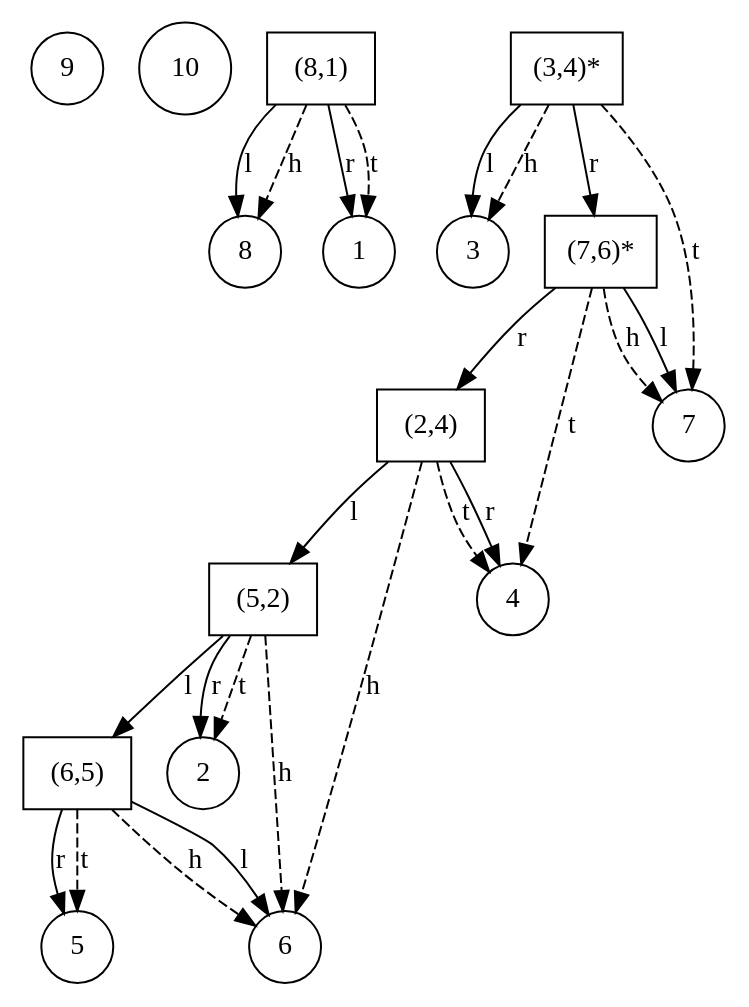
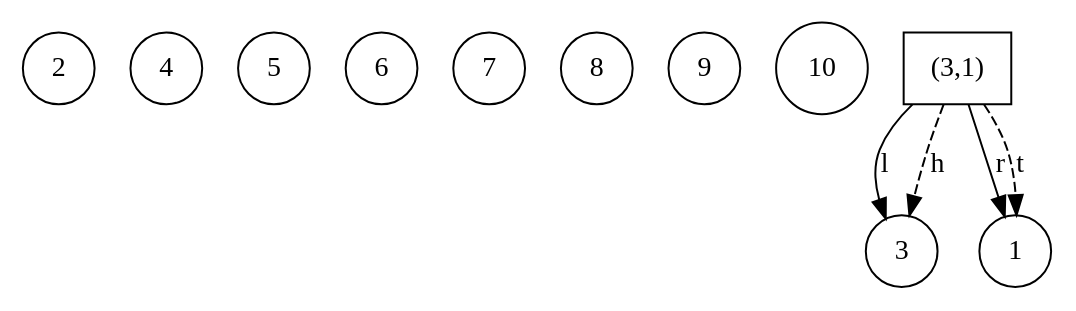
The diagram in ST-Tree/src/internal_graph.dot (Musab1Blaser/DynamicTrees_NF), drawn with Graphviz before and after one commit. The commit also changed 7 other files, not shown here.

```diff
--- a/ST-Tree/src/internal_graph.dot
+++ b/ST-Tree/src/internal_graph.dot
@@ -1,42 +1,17 @@
 digraph G {
+2 [shape=circle];
+4 [shape=circle];
+5 [shape=circle];
+6 [shape=circle];
+7 [shape=circle];
+8 [shape=circle];
 9 [shape=circle];
 10 [shape=circle];
-"(8,1)" [shape=box];
-8 [shape=circle];
-"(8,1)" -> 8 [label=l];
+"(3,1)" [shape=box];
+3 [shape=circle];
+"(3,1)" -> 3 [label=l];
 1 [shape=circle];
-"(8,1)" -> 1 [label=r];
-"(8,1)" -> 8 [style=dashed, label = h];
-"(8,1)" -> 1 [style=dashed, label = t];
-"(3,4)*" [shape=box];
-3 [shape=circle];
-"(3,4)*" -> 3 [label=l];
-"(3,4)*" -> "(7,6)*" [label=r];
-"(3,4)*" -> 3 [style=dashed, label = h];
-"(3,4)*" -> 7 [style=dashed, label = t];
-"(7,6)*" [shape=box];
-7 [shape=circle];
-"(7,6)*" -> 7 [label=l];
-"(7,6)*" -> "(2,4)" [label=r];
-"(7,6)*" -> 7 [style=dashed, label = h];
-"(7,6)*" -> 4 [style=dashed, label = t];
-"(2,4)" [shape=box];
-"(2,4)" -> "(5,2)" [label=l];
-4 [shape=circle];
-"(2,4)" -> 4 [label=r];
-"(2,4)" -> 6 [style=dashed, label = h];
-"(2,4)" -> 4 [style=dashed, label = t];
-"(5,2)" [shape=box];
-"(5,2)" -> "(6,5)" [label=l];
-2 [shape=circle];
-"(5,2)" -> 2 [label=r];
-"(5,2)" -> 6 [style=dashed, label = h];
-"(5,2)" -> 2 [style=dashed, label = t];
-"(6,5)" [shape=box];
-6 [shape=circle];
-"(6,5)" -> 6 [label=l];
-5 [shape=circle];
-"(6,5)" -> 5 [label=r];
-"(6,5)" -> 6 [style=dashed, label = h];
-"(6,5)" -> 5 [style=dashed, label = t];
+"(3,1)" -> 1 [label=r];
+"(3,1)" -> 3 [style=dashed, label = h];
+"(3,1)" -> 1 [style=dashed, label = t];
 }
```
